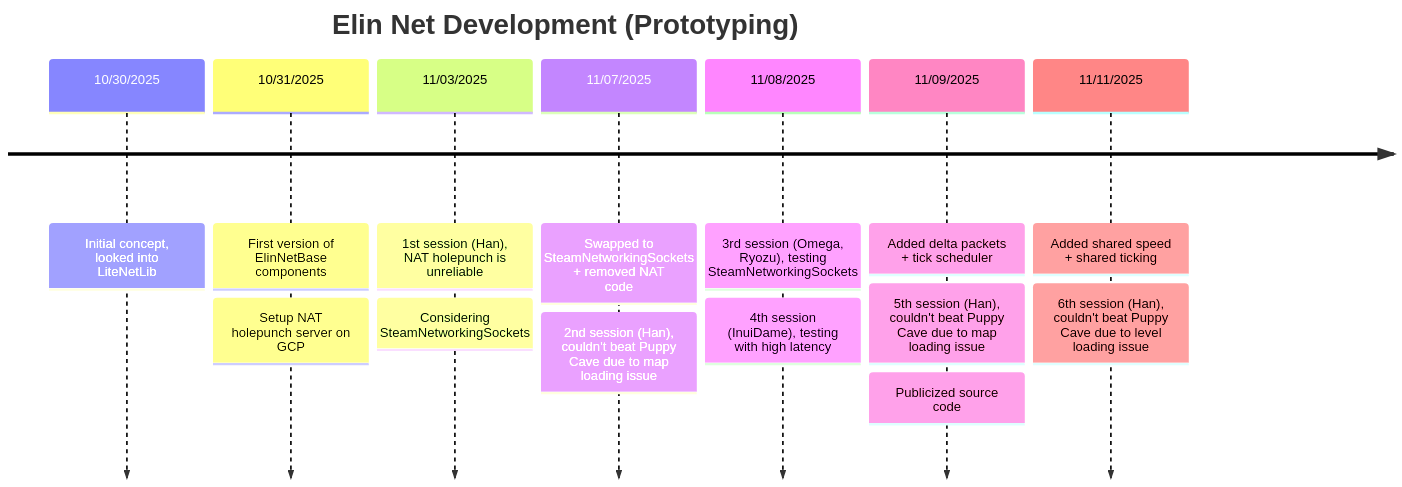
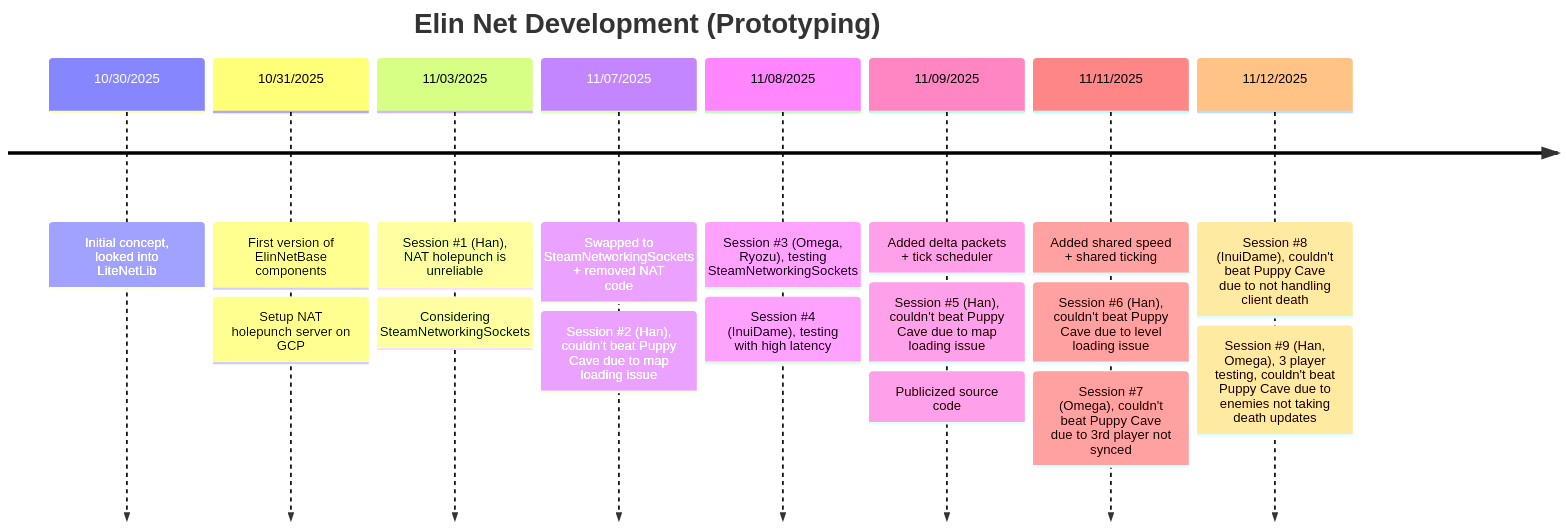
One commit to gottyduke/Elin.Plugins changed the diagram in ElinTogether/README.md. Above: the diagram before and after it, drawn with Mermaid. The commit also changed 77 other files, not shown here.

````diff
--- a/ElinTogether/README.md
+++ b/ElinTogether/README.md
@@ -7,18 +7,21 @@
 ```mermaid
 timeline
     title Elin Net Development (Prototyping)
     10/30/2025 : Initial concept, looked into LiteNetLib
     10/31/2025 : First version of ElinNetBase components
     : Setup NAT holepunch server on GCP
-    11/03/2025 : 1st session (Han), NAT holepunch is unreliable
+    11/03/2025 : Session #1 (Han), NAT holepunch is unreliable
     : Considering SteamNetworkingSockets
     11/07/2025 : Swapped to SteamNetworkingSockets + removed NAT code
-    : 2nd session (Han), couldn't beat Puppy Cave due to map loading issue
-    11/08/2025 : 3rd session (Omega, Ryozu), testing SteamNetworkingSockets
-    : 4th session (InuiDame), testing with high latency
+    : Session #2 (Han), couldn't beat Puppy Cave due to map loading issue
+    11/08/2025 : Session #3 (Omega, Ryozu), testing SteamNetworkingSockets
+    : Session #4 (InuiDame), testing with high latency
     11/09/2025 : Added delta packets + tick scheduler
-    : 5th session (Han), couldn't beat Puppy Cave due to map loading issue
+    : Session #5 (Han), couldn't beat Puppy Cave due to map loading issue
     : Publicized source code
     11/11/2025 : Added shared speed + shared ticking
-    : 6th session (Han), couldn't beat Puppy Cave due to level loading issue
+    : Session #6 (Han), couldn't beat Puppy Cave due to level loading issue
+    : Session #7 (Omega), couldn't beat Puppy Cave due to 3rd player not synced
+    11/12/2025 : Session #8 (InuiDame), couldn't beat Puppy Cave due to not handling client death
+    : Session #9 (Han, Omega), 3 player testing, couldn't beat Puppy Cave due to enemies not taking death updates
 ```
````
